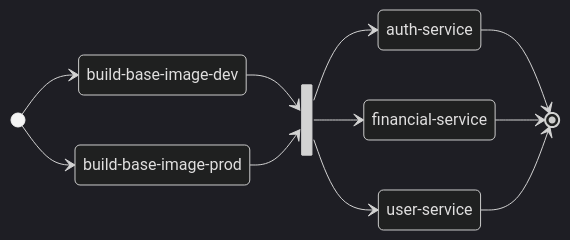
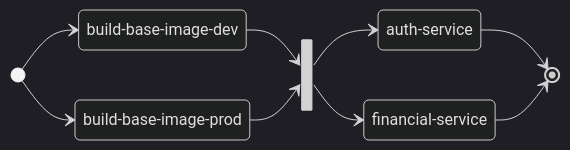
Before and after one commit to shimisnow/poc-nestjs: the third of 3 diagrams in docs/markdown/github-actions.md, drawn with Mermaid (dark theme). The commit also changed other lines of this file and 7 other files, not shown here.

Commit message:
docs: remove user-service from documentation

````diff
--- a/docs/markdown/github-actions.md
+++ b/docs/markdown/github-actions.md
@@ -74,21 +68,18 @@
 ```mermaid
 stateDiagram-v2
 direction LR
 state "build-base-image-dev" as dev
 state "build-base-image-prod" as prod
 state build <<fork>>
 state "auth-service" as auth
 state "financial-service" as financial
-state "user-service" as user
 
 [*] --> dev
 [*] --> prod
 dev --> build
 prod --> build
 build --> auth
 build --> financial
-build --> user
 auth --> [*]
 financial --> [*]
-user --> [*]
 ```
````
